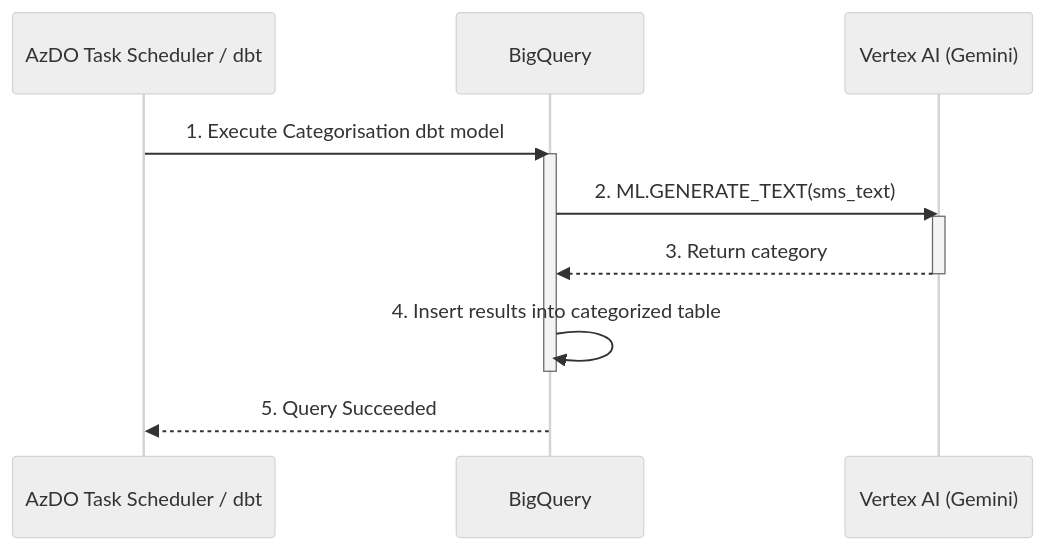
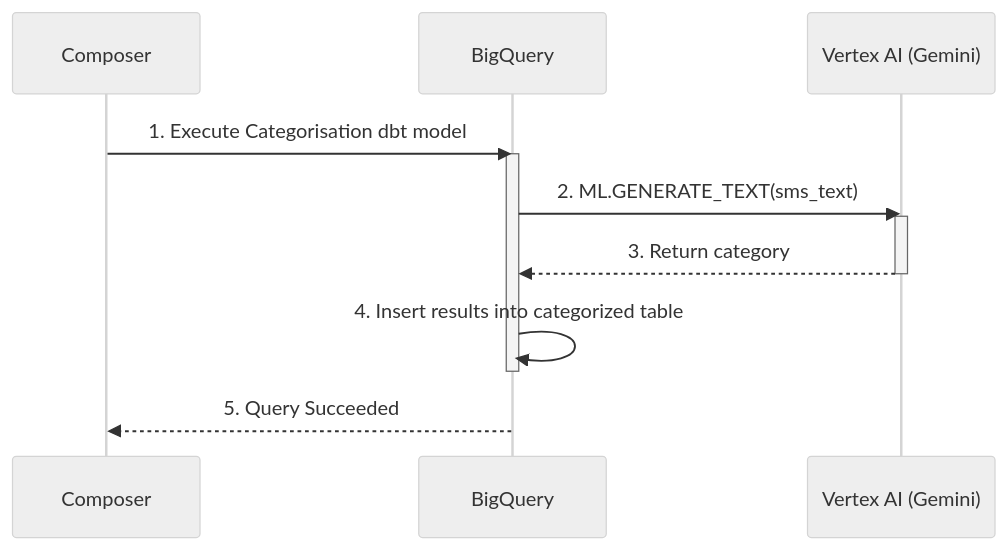
One commit to sandipdatta/diagrams changed the second of 4 diagrams in README.md. Above: the diagram before and after it, drawn with Mermaid (neutral theme).

````diff
--- a/README.md
+++ b/README.md
@@ -56,16 +56,16 @@
 ```mermaid
 sequenceDiagram
-    participant scheduler as AzDO Task Scheduler / dbt
+    participant scheduler as Composer
     participant BQ as BigQuery
     participant VAI as Vertex AI (Gemini)
 
     scheduler->>BQ: 1. Execute Categorisation dbt model
     activate BQ
     BQ->>VAI: 2. ML.GENERATE_TEXT(sms_text)
     activate VAI
     VAI-->>BQ: 3. Return category
     deactivate VAI
     BQ->>BQ: 4. Insert results into categorized table
     deactivate BQ
     BQ-->>scheduler: 5. Query Succeeded
 ```
````
